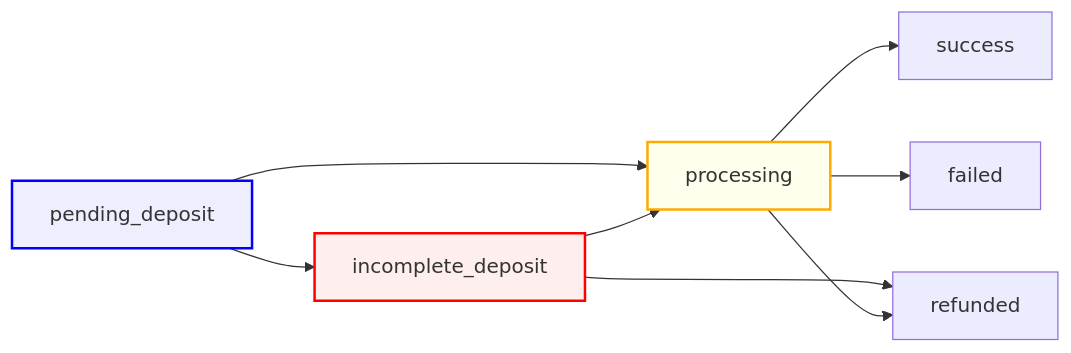
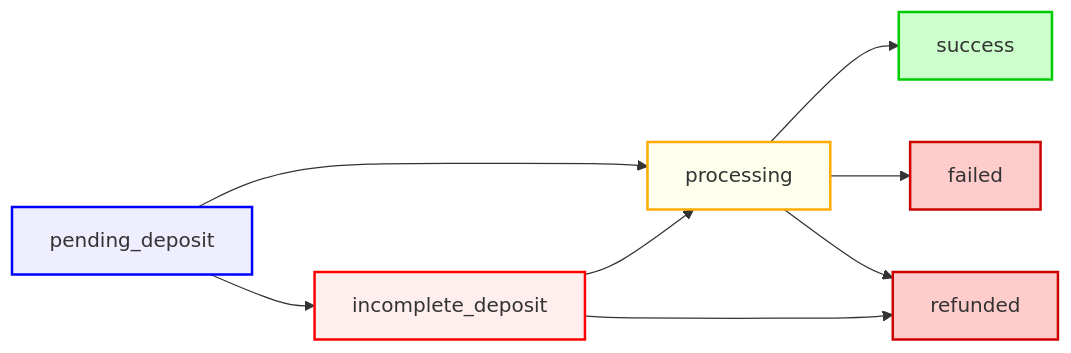
Before and after one commit to defuse-protocol/docs: the diagram in integration/distribution-channels/1click-api.md, drawn with Mermaid.

Commit message:
GITBOOK-124: No subject

````diff
--- a/integration/distribution-channels/1click-api.md
+++ b/integration/distribution-channels/1click-api.md
@@ -30,17 +30,27 @@
 ```mermaid fullWidth="true"
 flowchart LR
-    PD[pending_deposit] --> ID[incomplete_deposit]
-    PD --> P[processing]
+    PD[pending_deposit]
+    ID[incomplete_deposit]
+    P[processing]
+    R[refunded]
+    S[success]
+    F[failed]
 
+    PD --> ID
+    PD --> P
     ID --> P
-    ID --> R[refunded]
+  
+    P --> S
+    P --> F
+    P --> R
 
-    P --> S[success]
-    P --> F[failed]
-    P --> R
+    ID --> R
 
     %% Styling for clarity
     style PD fill:#eef,stroke:#00f,stroke-width:2px
     style ID fill:#fee,stroke:#f00,stroke-width:2px
     style P fill:#ffe,stroke:#fa0,stroke-width:2px
+    style R fill:#fcc,stroke:#c00,stroke-width:2px
+    style S fill:#cfc,stroke:#0c0,stroke-width:2px
+    style F fill:#fcc,stroke:#c00,stroke-width:2px
 ```
````
